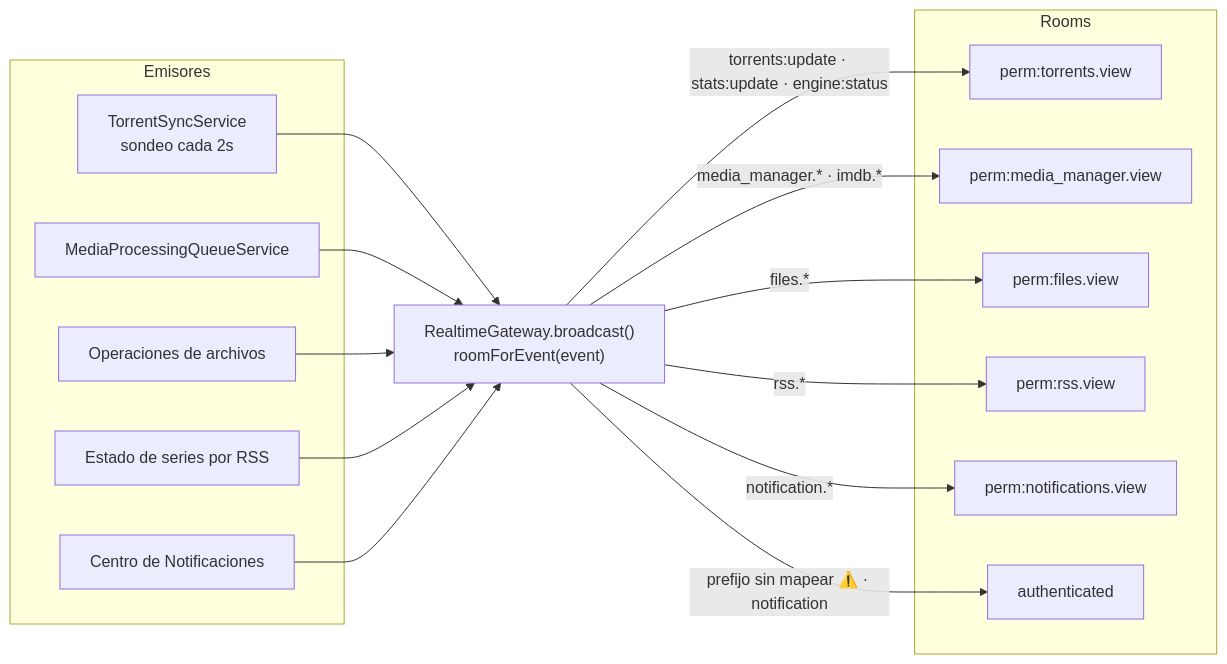
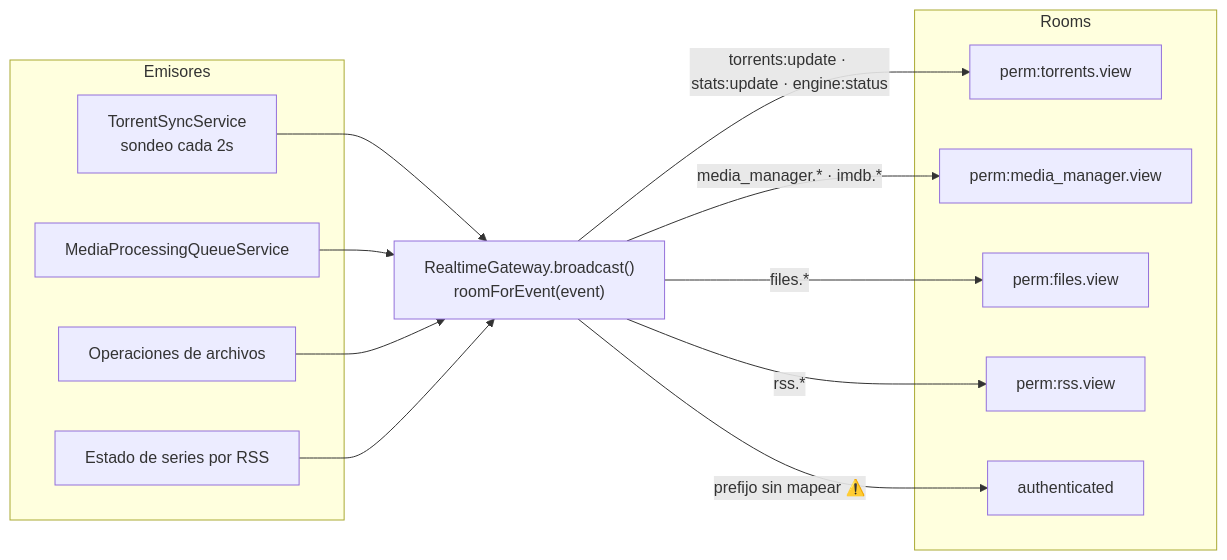
One commit to damirabal/ultratorrent-core changed the second of 2 diagrams in website/i18n/es-PR/docusaurus-plugin-content-docs/current/develop/websockets.md. Above: the diagram before and after it, drawn with Mermaid. The commit also changed other lines of this file and 63 other files, not shown here.

````diff
--- a/website/i18n/es-PR/docusaurus-plugin-content-docs/current/develop/websockets.md
+++ b/website/i18n/es-PR/docusaurus-plugin-content-docs/current/develop/websockets.md
@@ -234,34 +226,30 @@
 ```mermaid
 flowchart LR
   subgraph Emitters["Emisores"]
     TS["TorrentSyncService<br/>sondeo cada 2s"]
     MQ["MediaProcessingQueueService"]
     FS["Operaciones de archivos"]
     RS["Estado de series por RSS"]
-    NC["Centro de Notificaciones"]
   end
 
   GW["RealtimeGateway.broadcast()<br/>roomForEvent(event)"]
 
   subgraph Rooms["Rooms"]
     RT["perm:torrents.view"]
     MM["perm:media_manager.view"]
     FV["perm:files.view"]
     RV["perm:rss.view"]
-    NV["perm:notifications.view"]
     AU["authenticated"]
   end
 
   TS --> GW
   MQ --> GW
   FS --> GW
   RS --> GW
-  NC --> GW
 
   GW -->|"torrents:update · stats:update · engine:status"| RT
   GW -->|"media_manager.* · imdb.*"| MM
   GW -->|"files.*"| FV
   GW -->|"rss.*"| RV
-  GW -->|"notification.*"| NV
-  GW -->|"prefijo sin mapear ⚠️ · notification"| AU
+  GW -->|"prefijo sin mapear ⚠️"| AU
 ```
````
